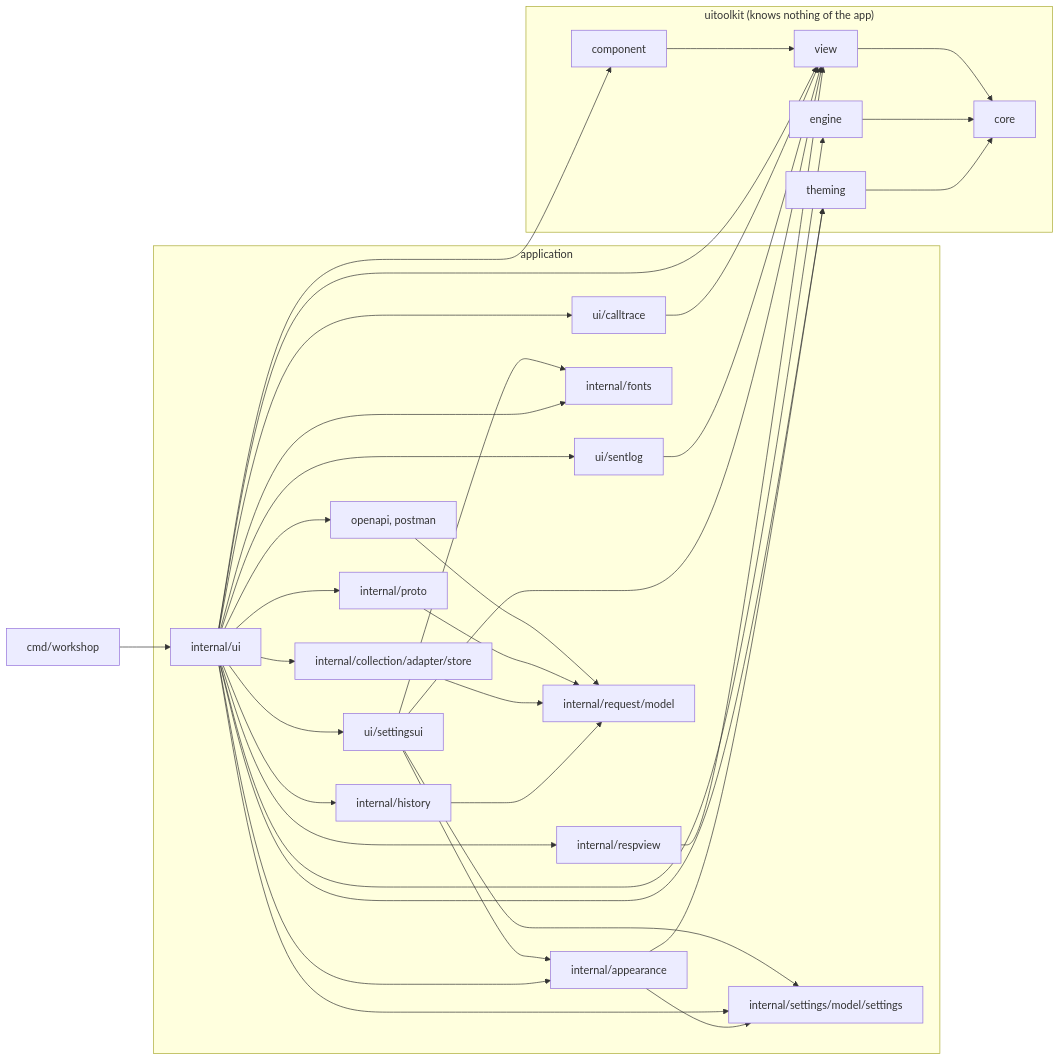
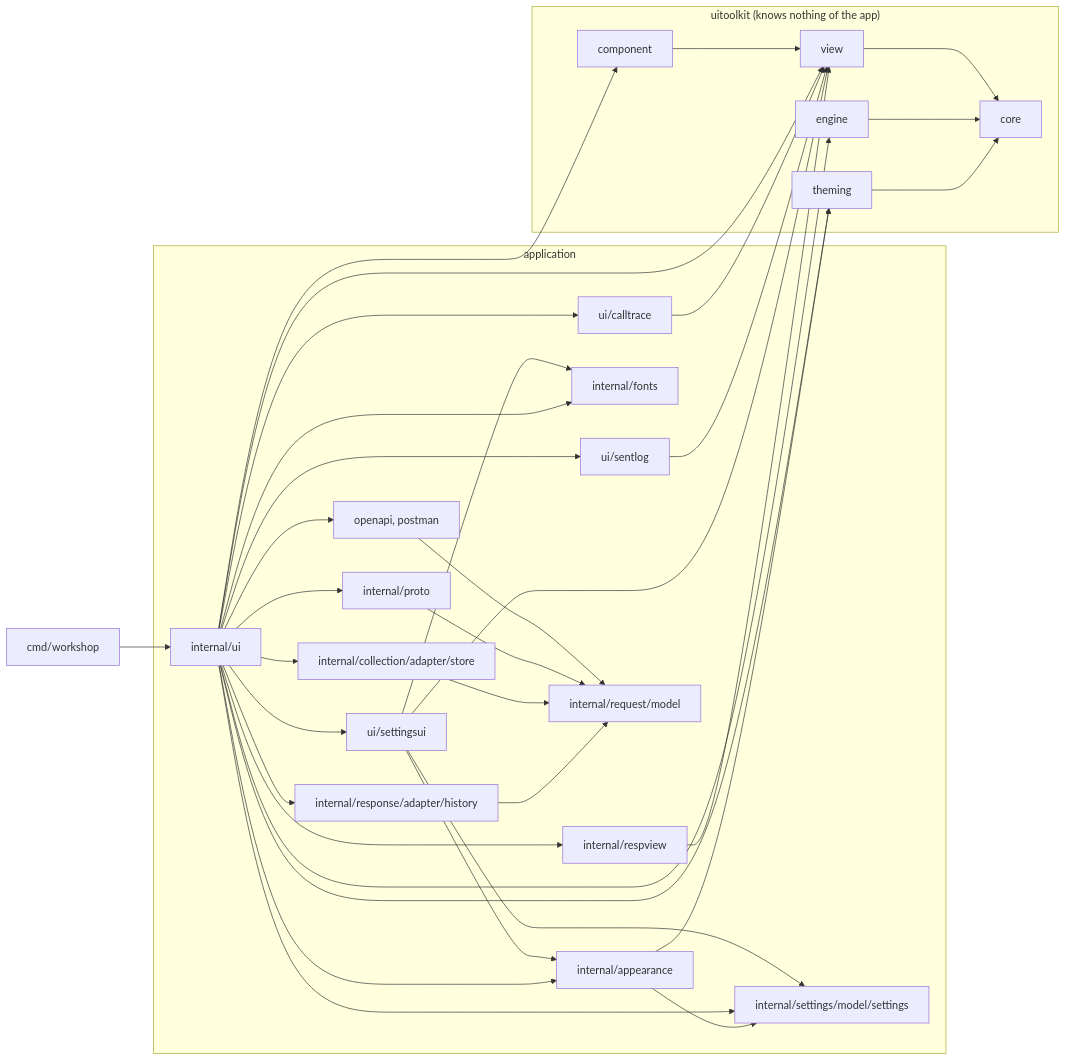
Before and after one commit to gascoigne-ai/gascoigne-workshop: the diagram in .harness/architecture.md, drawn with Mermaid. The commit also changed other lines of this file and 8 other files, not shown here.

First line of the commit message:
refactor(response): history moves to internal/response/adapter/history

````diff
--- a/.harness/architecture.md
+++ b/.harness/architecture.md
@@ -5,40 +5,40 @@
 ```mermaid
 flowchart LR
   cmd["cmd/workshop"] --> ui["internal/ui"]
   subgraph app["application"]
     ui --> calltrace["ui/calltrace"]
     ui --> sentlog["ui/sentlog"]
     ui --> settingsui["ui/settingsui"]
     settingsui --> settings
     settingsui --> fonts
     settingsui --> appearance
     ui --> appearance["internal/appearance"]
     ui --> respview["internal/respview"]
     ui --> store["internal/collection/adapter/store"]
     ui --> imports["openapi, postman"]
     ui --> fonts["internal/fonts"]
-    ui --> history["internal/history"]
+    ui --> history["internal/response/adapter/history"]
     ui --> settings["internal/settings/model/settings"]
     ui --> proto["internal/proto"]
     imports --> model["internal/request/model"]
     proto --> model
     store --> model
     history --> model
   end
   subgraph toolkit["uitoolkit (knows nothing of the app)"]
     component["component"] --> view["view"]
     view --> core["core"]
     engine["engine"] --> core
     theming["theming"] --> core
   end
   ui --> component
   ui --> view
   ui --> engine
   ui --> theming
   calltrace --> view
   sentlog --> view
   settingsui --> view
   appearance --> theming
   appearance --> settings
   respview --> view
 ```
````
